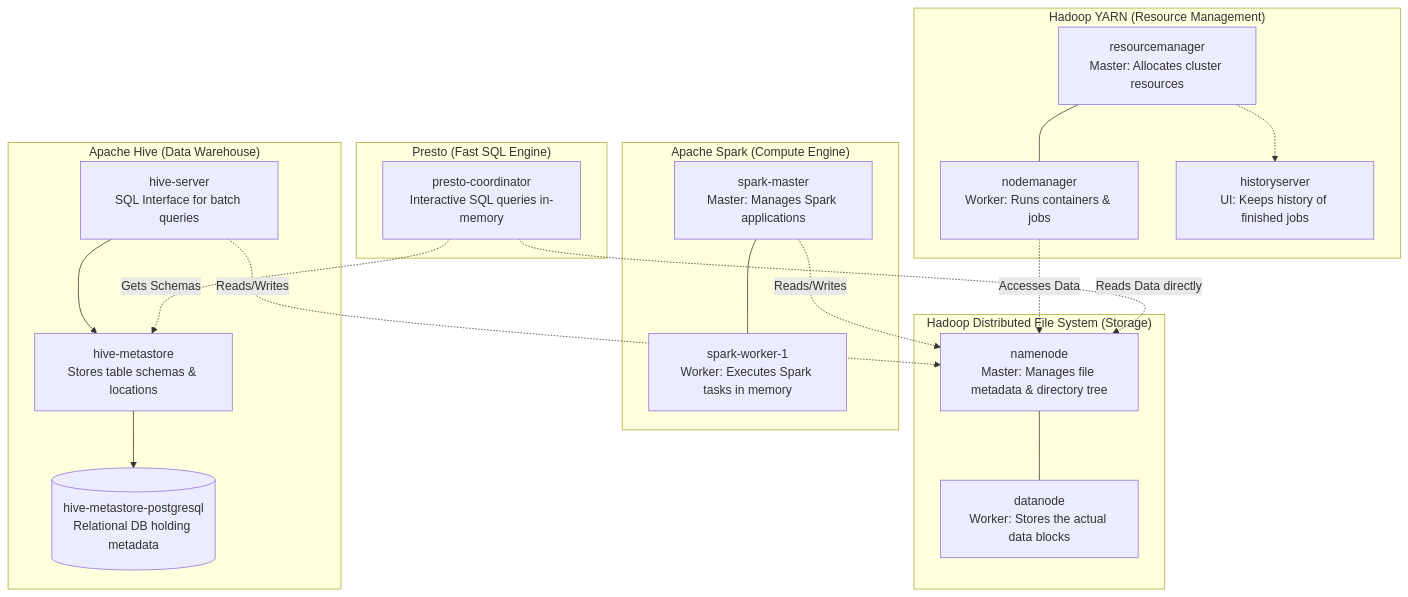
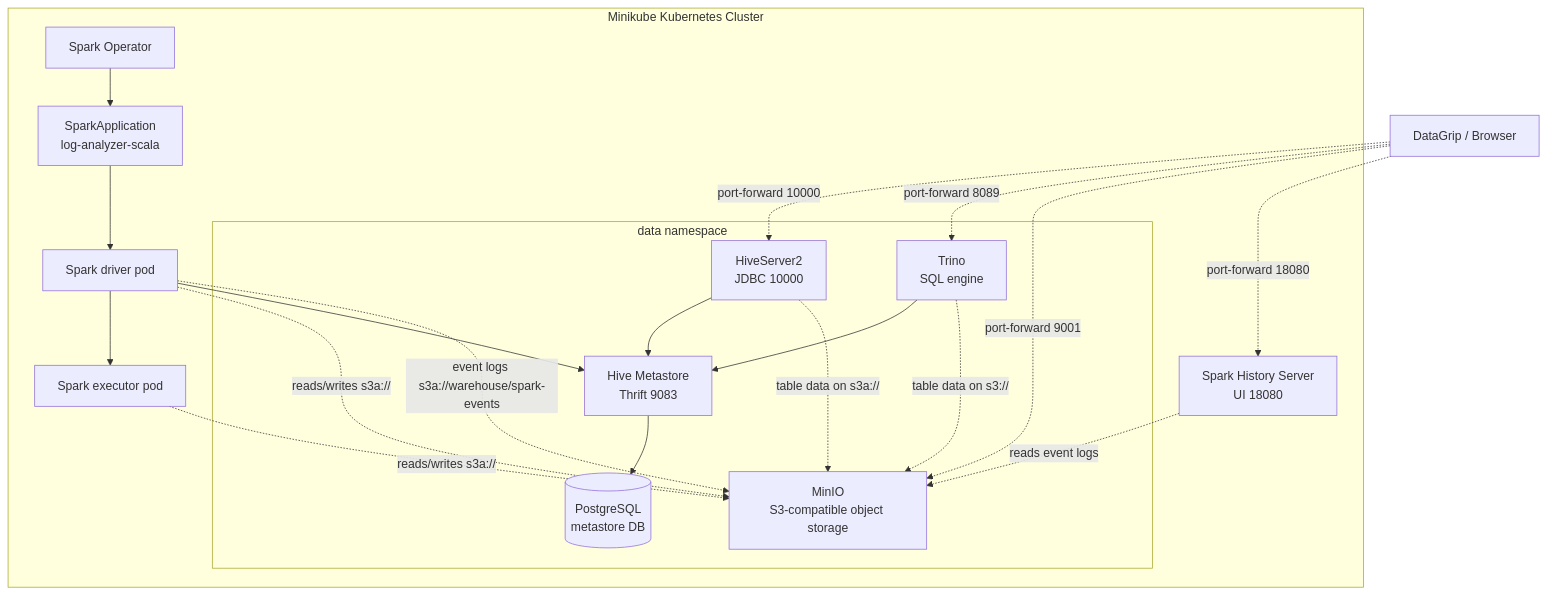
One commit to SWeszler/wexler-data-platform changed the diagram in README.md. Above: the diagram before and after it, drawn with Mermaid. The commit also changed other lines of this file and 3 other files, not shown here.

Commit message:
Add Spark History Server deployment and enable event logging in log-analyzer configuration

````diff
--- a/README.md
+++ b/README.md
@@ -11,41 +99,39 @@
 ```mermaid
 graph TD
-    subgraph HDFS ["Hadoop Distributed File System (Storage)"]
-        NN[namenode<br/>Master: Manages file metadata & directory tree]
-        DN[datanode<br/>Worker: Stores the actual data blocks]
-        NN --- DN
+    subgraph K8S ["Minikube Kubernetes Cluster"]
+        SO[Spark Operator]
+        SA[SparkApplication<br/>log-analyzer-scala]
+        DR[Spark driver pod]
+        EX[Spark executor pod]
+
+        subgraph DATA ["data namespace"]
+            MINIO[MinIO<br/>S3-compatible object storage]
+            HMS[Hive Metastore<br/>Thrift 9083]
+            HS2[HiveServer2<br/>JDBC 10000]
+            PG[(PostgreSQL<br/>metastore DB)]
+            TRINO[Trino<br/>SQL engine]
+        end
+
+        SHS[Spark History Server<br/>UI 18080]
     end
 
-    subgraph YARN ["Hadoop YARN (Resource Management)"]
-        RM[resourcemanager<br/>Master: Allocates cluster resources]
-        NM[nodemanager<br/>Worker: Runs containers & jobs]
-        HS[historyserver<br/>UI: Keeps history of finished jobs]
-        RM --- NM
-        RM -.-> HS
-    end
+    USER[DataGrip / Browser]
 
-    subgraph SPARK ["Apache Spark (Compute Engine)"]
-        SM[spark-master<br/>Master: Manages Spark applications]
-        SW[spark-worker-1<br/>Worker: Executes Spark tasks in memory]
-        SM --- SW
-    end
-
-    subgraph HIVE ["Apache Hive (Data Warehouse)"]
-        HS2[hive-server<br/>SQL Interface for batch queries]
-        HM[hive-metastore<br/>Stores table schemas & locations]
-        PG[(hive-metastore-postgresql<br/>Relational DB holding metadata)]
-        HS2 --> HM
-        HM --> PG
-    end
-
-    subgraph PRESTO ["Presto (Fast SQL Engine)"]
-        PC[presto-coordinator<br/>Interactive SQL queries in-memory]
-    end
-
-    %% Key Data Flows
-    SM -. "Reads/Writes" .-> NN
-    NM -. "Accesses Data" .-> NN
-    HS2 -. "Reads/Writes" .-> NN
-    PC -. "Gets Schemas" .-> HM
-    PC -. "Reads Data directly" .-> NN
+    SO --> SA
+    SA --> DR
+    DR --> EX
+    DR -. "reads/writes s3a://" .-> MINIO
+    EX -. "reads/writes s3a://" .-> MINIO
+    DR --> HMS
+    DR -. "event logs s3a://warehouse/spark-events" .-> MINIO
+    SHS -. "reads event logs" .-> MINIO
+    HMS --> PG
+    HS2 --> HMS
+    HS2 -. "table data on s3a://" .-> MINIO
+    TRINO --> HMS
+    TRINO -. "table data on s3://" .-> MINIO
+    USER -. "port-forward 10000" .-> HS2
+    USER -. "port-forward 8089" .-> TRINO
+    USER -. "port-forward 9001" .-> MINIO
+    USER -. "port-forward 18080" .-> SHS
 ```
````
